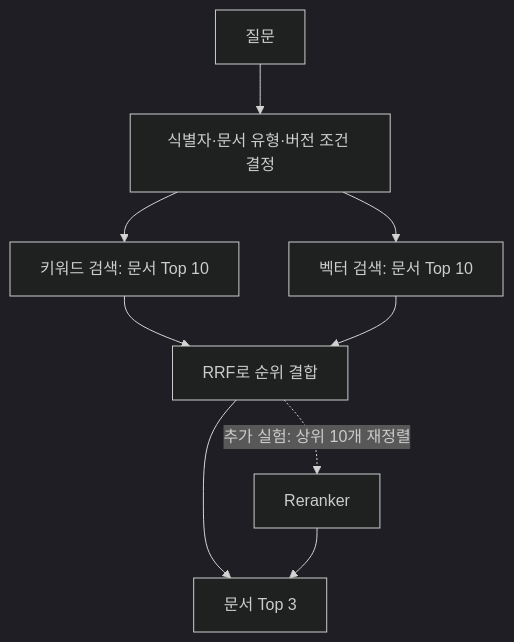
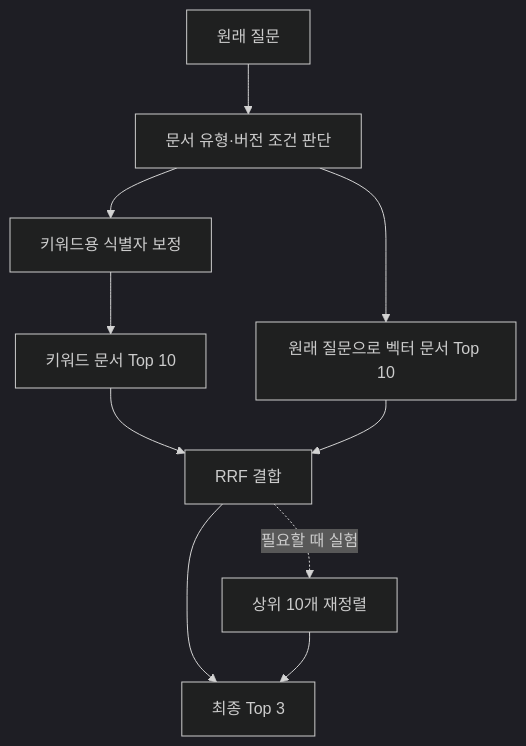
The diagram in blogs/02-search-quality.md (hhk22/llm-wiki), drawn with Mermaid (dark theme) before and after one commit. The commit also changed other lines of this file and 2 other files, not shown here.

````diff
--- a/blogs/02-search-quality.md
+++ b/blogs/02-search-quality.md
@@ -45,11 +197,12 @@
 ```mermaid
 flowchart TD
-    Q[질문] --> F[식별자·문서 유형·버전 조건 결정]
-    F --> K[키워드 검색: 문서 Top 10]
-    F --> V[벡터 검색: 문서 Top 10]
-    K --> H[RRF로 순위 결합]
+    Q[원래 질문] --> F[문서 유형·버전 조건 판단]
+    F --> N[키워드용 식별자 보정]
+    N --> K[키워드 문서 Top 10]
+    F --> V[원래 질문으로 벡터 문서 Top 10]
+    K --> H[RRF 결합]
     V --> H
-    H --> T[문서 Top 3]
-    H -. 추가 실험: 상위 10개 재정렬 .-> R[Reranker]
+    H --> T[최종 Top 3]
+    H -. 필요할 때 실험 .-> R[상위 10개 재정렬]
     R --> T
 ```
````
